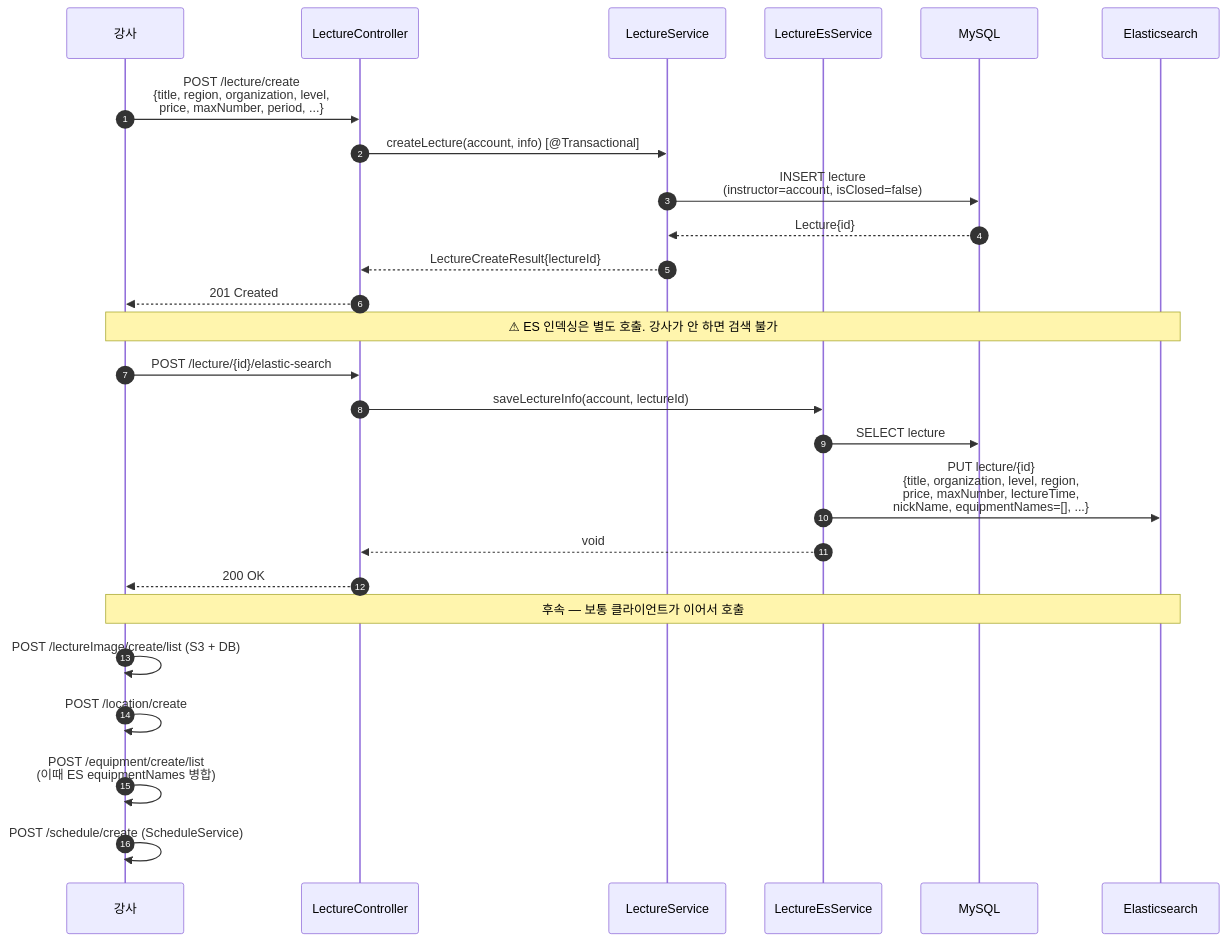
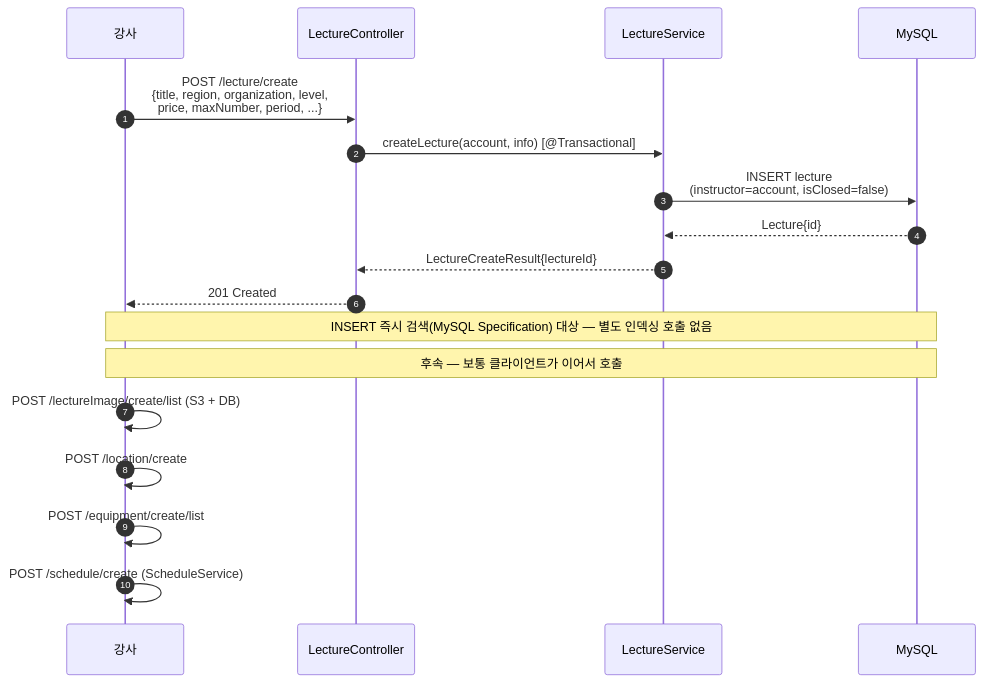
Before and after one commit to pungdong/Pungdong-Backend: the third of 8 diagrams in docs/architecture/lecture.md, drawn with Mermaid. The commit also changed other lines of this file and 7 other files, not shown here.

````diff
--- a/docs/architecture/lecture.md
+++ b/docs/architecture/lecture.md
@@ -114,31 +102,22 @@
 ```mermaid
 sequenceDiagram
     autonumber
     participant Inst as 강사
     participant Ctrl as LectureController
     participant LSvc as LectureService
-    participant ESvc as LectureEsService
     participant DB as MySQL
-    participant ES as Elasticsearch
 
     Inst->>Ctrl: POST /lecture/create<br/>{title, region, organization, level,<br/>price, maxNumber, period, ...}
     Ctrl->>LSvc: createLecture(account, info) [@Transactional]
     LSvc->>DB: INSERT lecture<br/>(instructor=account, isClosed=false)
     DB-->>LSvc: Lecture{id}
     LSvc-->>Ctrl: LectureCreateResult{lectureId}
     Ctrl-->>Inst: 201 Created
 
-    Note over Inst,ES: ⚠ ES 인덱싱은 별도 호출. 강사가 안 하면 검색 불가
-    Inst->>Ctrl: POST /lecture/{id}/elastic-search
-    Ctrl->>ESvc: saveLectureInfo(account, lectureId)
-    ESvc->>DB: SELECT lecture
-    ESvc->>ES: PUT lecture/{id}<br/>{title, organization, level, region,<br/>price, maxNumber, lectureTime,<br/>nickName, equipmentNames=[], ...}
-    ESvc-->>Ctrl: void
-    Ctrl-->>Inst: 200 OK
-
-    Note over Inst,ES: 후속 — 보통 클라이언트가 이어서 호출
+    Note over Inst,DB: INSERT 즉시 검색(MySQL Specification) 대상 — 별도 인덱싱 호출 없음
+    Note over Inst,DB: 후속 — 보통 클라이언트가 이어서 호출
     Inst->>Inst: POST /lectureImage/create/list (S3 + DB)
     Inst->>Inst: POST /location/create
-    Inst->>Inst: POST /equipment/create/list<br/>(이때 ES equipmentNames 병합)
+    Inst->>Inst: POST /equipment/create/list
     Inst->>Inst: POST /schedule/create (ScheduleService)
 ```
````
